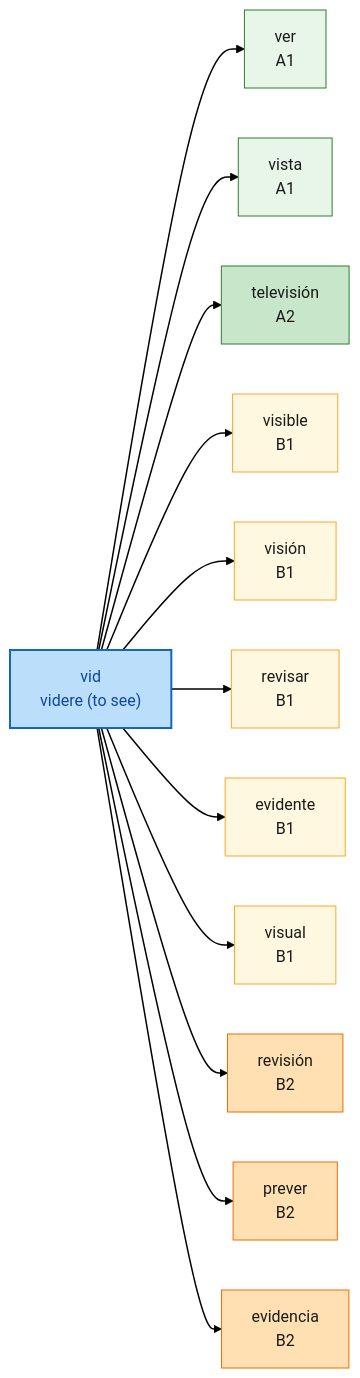
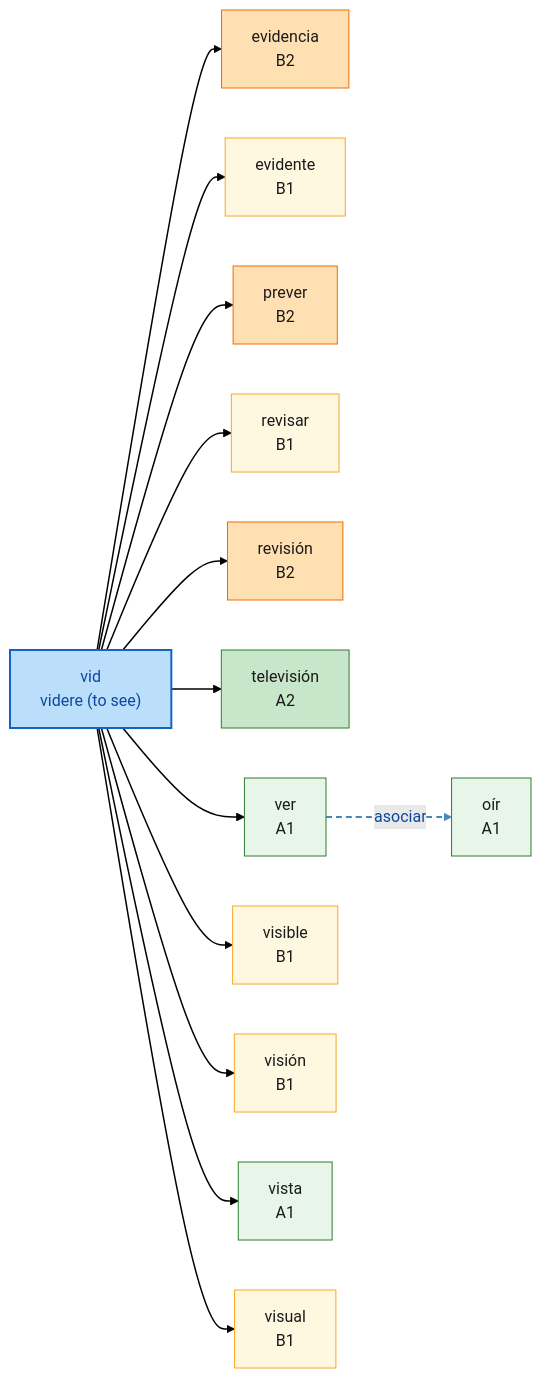
One commit to auding1900/es-raiz-vocab changed diagram 21 of 21 in mindmaps/root_tree.md. Above: the diagram before and after it, drawn with Mermaid. The commit also changed other lines of this file and 9 other files, not shown here.

````diff
--- a/mindmaps/root_tree.md
+++ b/mindmaps/root_tree.md
@@ -759,56 +1146,60 @@
 ```mermaid
 graph LR
   R_vid["vid<br/>videre (to see)"]:::root
   W_evidencia["evidencia<br/>B2"]:::lvlB2
   W_evidente["evidente<br/>B1"]:::lvlB1
+  W_oir["oír<br/>A1"]:::lvlA1
   W_prever["prever<br/>B2"]:::lvlB2
   W_revisar["revisar<br/>B1"]:::lvlB1
   W_revision["revisión<br/>B2"]:::lvlB2
   W_television["televisión<br/>A2"]:::lvlA2
   W_ver["ver<br/>A1"]:::lvlA1
   W_visible["visible<br/>B1"]:::lvlB1
   W_vision["visión<br/>B1"]:::lvlB1
   W_vista["vista<br/>A1"]:::lvlA1
   W_visual["visual<br/>B1"]:::lvlB1
   R_vid --> W_ver
   R_vid --> W_vista
   R_vid --> W_television
   R_vid --> W_visible
   R_vid --> W_vision
   R_vid --> W_revisar
   R_vid --> W_evidente
   R_vid --> W_visual
   R_vid --> W_revision
   R_vid --> W_prever
   R_vid --> W_evidencia
+  W_ver -.->|asociar| W_oir
   linkStyle 0 stroke:#000000,stroke-width:1.5px
   linkStyle 1 stroke:#000000,stroke-width:1.5px
   linkStyle 2 stroke:#000000,stroke-width:1.5px
   linkStyle 3 stroke:#000000,stroke-width:1.5px
   linkStyle 4 stroke:#000000,stroke-width:1.5px
   linkStyle 5 stroke:#000000,stroke-width:1.5px
   linkStyle 6 stroke:#000000,stroke-width:1.5px
   linkStyle 7 stroke:#000000,stroke-width:1.5px
   linkStyle 8 stroke:#000000,stroke-width:1.5px
   linkStyle 9 stroke:#000000,stroke-width:1.5px
   linkStyle 10 stroke:#000000,stroke-width:1.5px
+  linkStyle 11 stroke:#4488bb,stroke-width:2px,stroke-dasharray:6 4
   classDef root fill:#bbdefb,stroke:#1565c0,stroke-width:2px,color:#0d47a1
   classDef lvlA1 fill:#e8f5e9,stroke:#2e7d32,color:#1a1a1a
   classDef lvlA2 fill:#c8e6c9,stroke:#2e7d32,color:#1a1a1a
   classDef lvlB1 fill:#fff8e1,stroke:#f9a825,color:#1a1a1a
   classDef lvlB2 fill:#ffe0b2,stroke:#ef6c00,color:#1a1a1a
   classDef lvlC1 fill:#ffccbc,stroke:#d84315,color:#1a1a1a
   classDef lvlC2 fill:#ffcdd2,stroke:#b71c1c,color:#1a1a1a
   classDef lvlNA fill:#f5f5f5,stroke:#9e9e9e,color:#424242
   click W_evidencia "https://www.doubao.com/chat?q=%E8%A5%BF%E7%8F%AD%E7%89%99%E8%AF%ADevidencia%EF%BC%8C%E8%AF%8D%E6%A0%B9vid%EF%BC%8C%E8%A7%A3%E9%87%8A%E8%AF%8D%E4%B9%89%E3%80%81DELE%E7%AD%89%E7%BA%A7%E3%80%81%E8%AF%AD%E4%BD%93%E3%80%81%E5%B8%B8%E7%94%A8%E6%90%AD%E9%85%8D%E3%80%81%E8%BF%91%E4%B9%89%E8%AF%8D%E8%BE%A8%E6%9E%90%EF%BC%8C%E5%B9%B6%E4%B8%94%E7%BB%992%E6%9D%A1%E6%9D%A5%E8%87%AA%E5%85%AC%E7%89%88%E8%A5%BF%E8%AF%AD%E6%96%87%E6%9C%AC%EF%BC%88Wikisource%2F%E5%8F%A4%E7%99%BB%E5%A0%A1%EF%BC%89%E7%9A%84%E8%87%AA%E7%84%B6%E4%BE%8B%E5%8F%A5%EF%BC%8C%E4%BE%8B%E5%8F%A5%E4%BC%98%E5%85%88%E9%80%89%E7%94%A8%E7%8E%B0%E4%BB%A3%E6%A0%87%E5%87%86%E8%A5%BF%E7%8F%AD%E7%89%99%E8%AF%AD%EF%BC%8C%E5%8F%A4%E4%BD%93%E4%BE%8B%E5%8F%A5%E6%A0%87%E6%B3%A8%E3%80%90arca%C3%ADsmo%E3%80%91" "豆包查询：evidencia" _blank
   click W_evidente "https://www.doubao.com/chat?q=%E8%A5%BF%E7%8F%AD%E7%89%99%E8%AF%ADevidente%EF%BC%8C%E8%AF%8D%E6%A0%B9vid%EF%BC%8C%E8%A7%A3%E9%87%8A%E8%AF%8D%E4%B9%89%E3%80%81DELE%E7%AD%89%E7%BA%A7%E3%80%81%E8%AF%AD%E4%BD%93%E3%80%81%E5%B8%B8%E7%94%A8%E6%90%AD%E9%85%8D%E3%80%81%E8%BF%91%E4%B9%89%E8%AF%8D%E8%BE%A8%E6%9E%90%EF%BC%8C%E5%B9%B6%E4%B8%94%E7%BB%992%E6%9D%A1%E6%9D%A5%E8%87%AA%E5%85%AC%E7%89%88%E8%A5%BF%E8%AF%AD%E6%96%87%E6%9C%AC%EF%BC%88Wikisource%2F%E5%8F%A4%E7%99%BB%E5%A0%A1%EF%BC%89%E7%9A%84%E8%87%AA%E7%84%B6%E4%BE%8B%E5%8F%A5%EF%BC%8C%E4%BE%8B%E5%8F%A5%E4%BC%98%E5%85%88%E9%80%89%E7%94%A8%E7%8E%B0%E4%BB%A3%E6%A0%87%E5%87%86%E8%A5%BF%E7%8F%AD%E7%89%99%E8%AF%AD%EF%BC%8C%E5%8F%A4%E4%BD%93%E4%BE%8B%E5%8F%A5%E6%A0%87%E6%B3%A8%E3%80%90arca%C3%ADsmo%E3%80%91" "豆包查询：evidente" _blank
+  click W_oir "https://www.doubao.com/chat?q=%E8%A5%BF%E7%8F%AD%E7%89%99%E8%AF%ADo%C3%ADr%EF%BC%8C%E8%AF%8D%E6%A0%B9aud%EF%BC%8C%E8%A7%A3%E9%87%8A%E8%AF%8D%E4%B9%89%E3%80%81DELE%E7%AD%89%E7%BA%A7%E3%80%81%E8%AF%AD%E4%BD%93%E3%80%81%E5%B8%B8%E7%94%A8%E6%90%AD%E9%85%8D%E3%80%81%E8%BF%91%E4%B9%89%E8%AF%8D%E8%BE%A8%E6%9E%90%EF%BC%8C%E5%B9%B6%E4%B8%94%E7%BB%992%E6%9D%A1%E6%9D%A5%E8%87%AA%E5%85%AC%E7%89%88%E8%A5%BF%E8%AF%AD%E6%96%87%E6%9C%AC%EF%BC%88Wikisource%2F%E5%8F%A4%E7%99%BB%E5%A0%A1%EF%BC%89%E7%9A%84%E8%87%AA%E7%84%B6%E4%BE%8B%E5%8F%A5%EF%BC%8C%E4%BE%8B%E5%8F%A5%E4%BC%98%E5%85%88%E9%80%89%E7%94%A8%E7%8E%B0%E4%BB%A3%E6%A0%87%E5%87%86%E8%A5%BF%E7%8F%AD%E7%89%99%E8%AF%AD%EF%BC%8C%E5%8F%A4%E4%BD%93%E4%BE%8B%E5%8F%A5%E6%A0%87%E6%B3%A8%E3%80%90arca%C3%ADsmo%E3%80%91" "豆包查询：oír" _blank
   click W_prever "https://www.doubao.com/chat?q=%E8%A5%BF%E7%8F%AD%E7%89%99%E8%AF%ADprever%EF%BC%8C%E8%AF%8D%E6%A0%B9vid%EF%BC%8C%E8%A7%A3%E9%87%8A%E8%AF%8D%E4%B9%89%E3%80%81DELE%E7%AD%89%E7%BA%A7%E3%80%81%E8%AF%AD%E4%BD%93%E3%80%81%E5%B8%B8%E7%94%A8%E6%90%AD%E9%85%8D%E3%80%81%E8%BF%91%E4%B9%89%E8%AF%8D%E8%BE%A8%E6%9E%90%EF%BC%8C%E5%B9%B6%E4%B8%94%E7%BB%992%E6%9D%A1%E6%9D%A5%E8%87%AA%E5%85%AC%E7%89%88%E8%A5%BF%E8%AF%AD%E6%96%87%E6%9C%AC%EF%BC%88Wikisource%2F%E5%8F%A4%E7%99%BB%E5%A0%A1%EF%BC%89%E7%9A%84%E8%87%AA%E7%84%B6%E4%BE%8B%E5%8F%A5%EF%BC%8C%E4%BE%8B%E5%8F%A5%E4%BC%98%E5%85%88%E9%80%89%E7%94%A8%E7%8E%B0%E4%BB%A3%E6%A0%87%E5%87%86%E8%A5%BF%E7%8F%AD%E7%89%99%E8%AF%AD%EF%BC%8C%E5%8F%A4%E4%BD%93%E4%BE%8B%E5%8F%A5%E6%A0%87%E6%B3%A8%E3%80%90arca%C3%ADsmo%E3%80%91" "豆包查询：prever" _blank
   click W_revisar "https://www.doubao.com/chat?q=%E8%A5%BF%E7%8F%AD%E7%89%99%E8%AF%ADrevisar%EF%BC%8C%E8%AF%8D%E6%A0%B9vid%EF%BC%8C%E8%A7%A3%E9%87%8A%E8%AF%8D%E4%B9%89%E3%80%81DELE%E7%AD%89%E7%BA%A7%E3%80%81%E8%AF%AD%E4%BD%93%E3%80%81%E5%B8%B8%E7%94%A8%E6%90%AD%E9%85%8D%E3%80%81%E8%BF%91%E4%B9%89%E8%AF%8D%E8%BE%A8%E6%9E%90%EF%BC%8C%E5%B9%B6%E4%B8%94%E7%BB%992%E6%9D%A1%E6%9D%A5%E8%87%AA%E5%85%AC%E7%89%88%E8%A5%BF%E8%AF%AD%E6%96%87%E6%9C%AC%EF%BC%88Wikisource%2F%E5%8F%A4%E7%99%BB%E5%A0%A1%EF%BC%89%E7%9A%84%E8%87%AA%E7%84%B6%E4%BE%8B%E5%8F%A5%EF%BC%8C%E4%BE%8B%E5%8F%A5%E4%BC%98%E5%85%88%E9%80%89%E7%94%A8%E7%8E%B0%E4%BB%A3%E6%A0%87%E5%87%86%E8%A5%BF%E7%8F%AD%E7%89%99%E8%AF%AD%EF%BC%8C%E5%8F%A4%E4%BD%93%E4%BE%8B%E5%8F%A5%E6%A0%87%E6%B3%A8%E3%80%90arca%C3%ADsmo%E3%80%91" "豆包查询：revisar" _blank
   click W_revision "https://www.doubao.com/chat?q=%E8%A5%BF%E7%8F%AD%E7%89%99%E8%AF%ADrevisi%C3%B3n%EF%BC%8C%E8%AF%8D%E6%A0%B9vid%EF%BC%8C%E8%A7%A3%E9%87%8A%E8%AF%8D%E4%B9%89%E3%80%81DELE%E7%AD%89%E7%BA%A7%E3%80%81%E8%AF%AD%E4%BD%93%E3%80%81%E5%B8%B8%E7%94%A8%E6%90%AD%E9%85%8D%E3%80%81%E8%BF%91%E4%B9%89%E8%AF%8D%E8%BE%A8%E6%9E%90%EF%BC%8C%E5%B9%B6%E4%B8%94%E7%BB%992%E6%9D%A1%E6%9D%A5%E8%87%AA%E5%85%AC%E7%89%88%E8%A5%BF%E8%AF%AD%E6%96%87%E6%9C%AC%EF%BC%88Wikisource%2F%E5%8F%A4%E7%99%BB%E5%A0%A1%EF%BC%89%E7%9A%84%E8%87%AA%E7%84%B6%E4%BE%8B%E5%8F%A5%EF%BC%8C%E4%BE%8B%E5%8F%A5%E4%BC%98%E5%85%88%E9%80%89%E7%94%A8%E7%8E%B0%E4%BB%A3%E6%A0%87%E5%87%86%E8%A5%BF%E7%8F%AD%E7%89%99%E8%AF%AD%EF%BC%8C%E5%8F%A4%E4%BD%93%E4%BE%8B%E5%8F%A5%E6%A0%87%E6%B3%A8%E3%80%90arca%C3%ADsmo%E3%80%91" "豆包查询：revisión" _blank
   click W_television "https://www.doubao.com/chat?q=%E8%A5%BF%E7%8F%AD%E7%89%99%E8%AF%ADtelevisi%C3%B3n%EF%BC%8C%E8%AF%8D%E6%A0%B9vid%EF%BC%8C%E8%A7%A3%E9%87%8A%E8%AF%8D%E4%B9%89%E3%80%81DELE%E7%AD%89%E7%BA%A7%E3%80%81%E8%AF%AD%E4%BD%93%E3%80%81%E5%B8%B8%E7%94%A8%E6%90%AD%E9%85%8D%E3%80%81%E8%BF%91%E4%B9%89%E8%AF%8D%E8%BE%A8%E6%9E%90%EF%BC%8C%E5%B9%B6%E4%B8%94%E7%BB%992%E6%9D%A1%E6%9D%A5%E8%87%AA%E5%85%AC%E7%89%88%E8%A5%BF%E8%AF%AD%E6%96%87%E6%9C%AC%EF%BC%88Wikisource%2F%E5%8F%A4%E7%99%BB%E5%A0%A1%EF%BC%89%E7%9A%84%E8%87%AA%E7%84%B6%E4%BE%8B%E5%8F%A5%EF%BC%8C%E4%BE%8B%E5%8F%A5%E4%BC%98%E5%85%88%E9%80%89%E7%94%A8%E7%8E%B0%E4%BB%A3%E6%A0%87%E5%87%86%E8%A5%BF%E7%8F%AD%E7%89%99%E8%AF%AD%EF%BC%8C%E5%8F%A4%E4%BD%93%E4%BE%8B%E5%8F%A5%E6%A0%87%E6%B3%A8%E3%80%90arca%C3%ADsmo%E3%80%91" "豆包查询：televisión" _blank
   click W_ver "https://www.doubao.com/chat?q=%E8%A5%BF%E7%8F%AD%E7%89%99%E8%AF%ADver%EF%BC%8C%E8%AF%8D%E6%A0%B9vid%EF%BC%8C%E8%A7%A3%E9%87%8A%E8%AF%8D%E4%B9%89%E3%80%81DELE%E7%AD%89%E7%BA%A7%E3%80%81%E8%AF%AD%E4%BD%93%E3%80%81%E5%B8%B8%E7%94%A8%E6%90%AD%E9%85%8D%E3%80%81%E8%BF%91%E4%B9%89%E8%AF%8D%E8%BE%A8%E6%9E%90%EF%BC%8C%E5%B9%B6%E4%B8%94%E7%BB%992%E6%9D%A1%E6%9D%A5%E8%87%AA%E5%85%AC%E7%89%88%E8%A5%BF%E8%AF%AD%E6%96%87%E6%9C%AC%EF%BC%88Wikisource%2F%E5%8F%A4%E7%99%BB%E5%A0%A1%EF%BC%89%E7%9A%84%E8%87%AA%E7%84%B6%E4%BE%8B%E5%8F%A5%EF%BC%8C%E4%BE%8B%E5%8F%A5%E4%BC%98%E5%85%88%E9%80%89%E7%94%A8%E7%8E%B0%E4%BB%A3%E6%A0%87%E5%87%86%E8%A5%BF%E7%8F%AD%E7%89%99%E8%AF%AD%EF%BC%8C%E5%8F%A4%E4%BD%93%E4%BE%8B%E5%8F%A5%E6%A0%87%E6%B3%A8%E3%80%90arca%C3%ADsmo%E3%80%91" "豆包查询：ver" _blank
   click W_visible "https://www.doubao.com/chat?q=%E8%A5%BF%E7%8F%AD%E7%89%99%E8%AF%ADvisible%EF%BC%8C%E8%AF%8D%E6%A0%B9vid%EF%BC%8C%E8%A7%A3%E9%87%8A%E8%AF%8D%E4%B9%89%E3%80%81DELE%E7%AD%89%E7%BA%A7%E3%80%81%E8%AF%AD%E4%BD%93%E3%80%81%E5%B8%B8%E7%94%A8%E6%90%AD%E9%85%8D%E3%80%81%E8%BF%91%E4%B9%89%E8%AF%8D%E8%BE%A8%E6%9E%90%EF%BC%8C%E5%B9%B6%E4%B8%94%E7%BB%992%E6%9D%A1%E6%9D%A5%E8%87%AA%E5%85%AC%E7%89%88%E8%A5%BF%E8%AF%AD%E6%96%87%E6%9C%AC%EF%BC%88Wikisource%2F%E5%8F%A4%E7%99%BB%E5%A0%A1%EF%BC%89%E7%9A%84%E8%87%AA%E7%84%B6%E4%BE%8B%E5%8F%A5%EF%BC%8C%E4%BE%8B%E5%8F%A5%E4%BC%98%E5%85%88%E9%80%89%E7%94%A8%E7%8E%B0%E4%BB%A3%E6%A0%87%E5%87%86%E8%A5%BF%E7%8F%AD%E7%89%99%E8%AF%AD%EF%BC%8C%E5%8F%A4%E4%BD%93%E4%BE%8B%E5%8F%A5%E6%A0%87%E6%B3%A8%E3%80%90arca%C3%ADsmo%E3%80%91" "豆包查询：visible" _blank
   click W_vision "https://www.doubao.com/chat?q=%E8%A5%BF%E7%8F%AD%E7%89%99%E8%AF%ADvisi%C3%B3n%EF%BC%8C%E8%AF%8D%E6%A0%B9vid%EF%BC%8C%E8%A7%A3%E9%87%8A%E8%AF%8D%E4%B9%89%E3%80%81DELE%E7%AD%89%E7%BA%A7%E3%80%81%E8%AF%AD%E4%BD%93%E3%80%81%E5%B8%B8%E7%94%A8%E6%90%AD%E9%85%8D%E3%80%81%E8%BF%91%E4%B9%89%E8%AF%8D%E8%BE%A8%E6%9E%90%EF%BC%8C%E5%B9%B6%E4%B8%94%E7%BB%992%E6%9D%A1%E6%9D%A5%E8%87%AA%E5%85%AC%E7%89%88%E8%A5%BF%E8%AF%AD%E6%96%87%E6%9C%AC%EF%BC%88Wikisource%2F%E5%8F%A4%E7%99%BB%E5%A0%A1%EF%BC%89%E7%9A%84%E8%87%AA%E7%84%B6%E4%BE%8B%E5%8F%A5%EF%BC%8C%E4%BE%8B%E5%8F%A5%E4%BC%98%E5%85%88%E9%80%89%E7%94%A8%E7%8E%B0%E4%BB%A3%E6%A0%87%E5%87%86%E8%A5%BF%E7%8F%AD%E7%89%99%E8%AF%AD%EF%BC%8C%E5%8F%A4%E4%BD%93%E4%BE%8B%E5%8F%A5%E6%A0%87%E6%B3%A8%E3%80%90arca%C3%ADsmo%E3%80%91" "豆包查询：visión" _blank
   click W_vista "https://www.doubao.com/chat?q=%E8%A5%BF%E7%8F%AD%E7%89%99%E8%AF%ADvista%EF%BC%8C%E8%AF%8D%E6%A0%B9vid%EF%BC%8C%E8%A7%A3%E9%87%8A%E8%AF%8D%E4%B9%89%E3%80%81DELE%E7%AD%89%E7%BA%A7%E3%80%81%E8%AF%AD%E4%BD%93%E3%80%81%E5%B8%B8%E7%94%A8%E6%90%AD%E9%85%8D%E3%80%81%E8%BF%91%E4%B9%89%E8%AF%8D%E8%BE%A8%E6%9E%90%EF%BC%8C%E5%B9%B6%E4%B8%94%E7%BB%992%E6%9D%A1%E6%9D%A5%E8%87%AA%E5%85%AC%E7%89%88%E8%A5%BF%E8%AF%AD%E6%96%87%E6%9C%AC%EF%BC%88Wikisource%2F%E5%8F%A4%E7%99%BB%E5%A0%A1%EF%BC%89%E7%9A%84%E8%87%AA%E7%84%B6%E4%BE%8B%E5%8F%A5%EF%BC%8C%E4%BE%8B%E5%8F%A5%E4%BC%98%E5%85%88%E9%80%89%E7%94%A8%E7%8E%B0%E4%BB%A3%E6%A0%87%E5%87%86%E8%A5%BF%E7%8F%AD%E7%89%99%E8%AF%AD%EF%BC%8C%E5%8F%A4%E4%BD%93%E4%BE%8B%E5%8F%A5%E6%A0%87%E6%B3%A8%E3%80%90arca%C3%ADsmo%E3%80%91" "豆包查询：vista" _blank
   click W_visual "https://www.doubao.com/chat?q=%E8%A5%BF%E7%8F%AD%E7%89%99%E8%AF%ADvisual%EF%BC%8C%E8%AF%8D%E6%A0%B9vid%EF%BC%8C%E8%A7%A3%E9%87%8A%E8%AF%8D%E4%B9%89%E3%80%81DELE%E7%AD%89%E7%BA%A7%E3%80%81%E8%AF%AD%E4%BD%93%E3%80%81%E5%B8%B8%E7%94%A8%E6%90%AD%E9%85%8D%E3%80%81%E8%BF%91%E4%B9%89%E8%AF%8D%E8%BE%A8%E6%9E%90%EF%BC%8C%E5%B9%B6%E4%B8%94%E7%BB%992%E6%9D%A1%E6%9D%A5%E8%87%AA%E5%85%AC%E7%89%88%E8%A5%BF%E8%AF%AD%E6%96%87%E6%9C%AC%EF%BC%88Wikisource%2F%E5%8F%A4%E7%99%BB%E5%A0%A1%EF%BC%89%E7%9A%84%E8%87%AA%E7%84%B6%E4%BE%8B%E5%8F%A5%EF%BC%8C%E4%BE%8B%E5%8F%A5%E4%BC%98%E5%85%88%E9%80%89%E7%94%A8%E7%8E%B0%E4%BB%A3%E6%A0%87%E5%87%86%E8%A5%BF%E7%8F%AD%E7%89%99%E8%AF%AD%EF%BC%8C%E5%8F%A4%E4%BD%93%E4%BE%8B%E5%8F%A5%E6%A0%87%E6%B3%A8%E3%80%90arca%C3%ADsmo%E3%80%91" "豆包查询：visual" _blank
 ```
````
